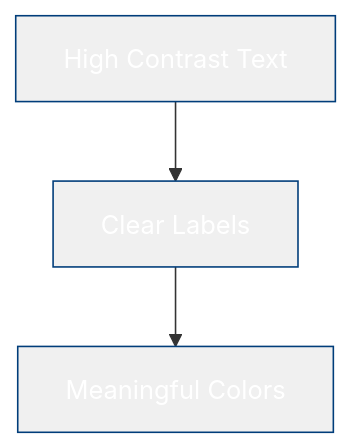
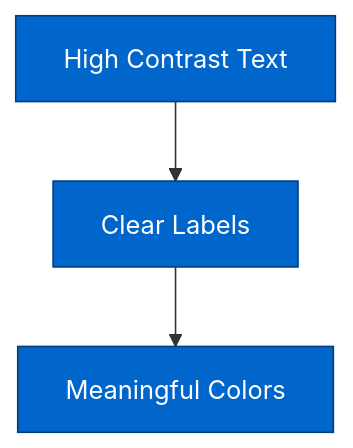
Before and after one commit to costa-marcello/repertoire: diagram 13 of 13 in skills/mermaid-diagrams/references/theming.md, drawn with Mermaid. The commit also changed 57 other files, not shown here.

````diff
--- a/skills/mermaid-diagrams/references/theming.md
+++ b/skills/mermaid-diagrams/references/theming.md
@@ -307,16 +307,15 @@
 ```mermaid
 ---
 config:
   theme: base
   themeVariables:
     primaryColor: "#0066cc"
     primaryTextColor: "#ffffff"
     primaryBorderColor: "#003d7a"
     lineColor: "#333333"
     background: "#ffffff"
-    mainBkg: "#f0f0f0"
 ---
 flowchart TD
     A[High Contrast Text] --> B[Clear Labels]
     B --> C[Meaningful Colors]
 ```
````
